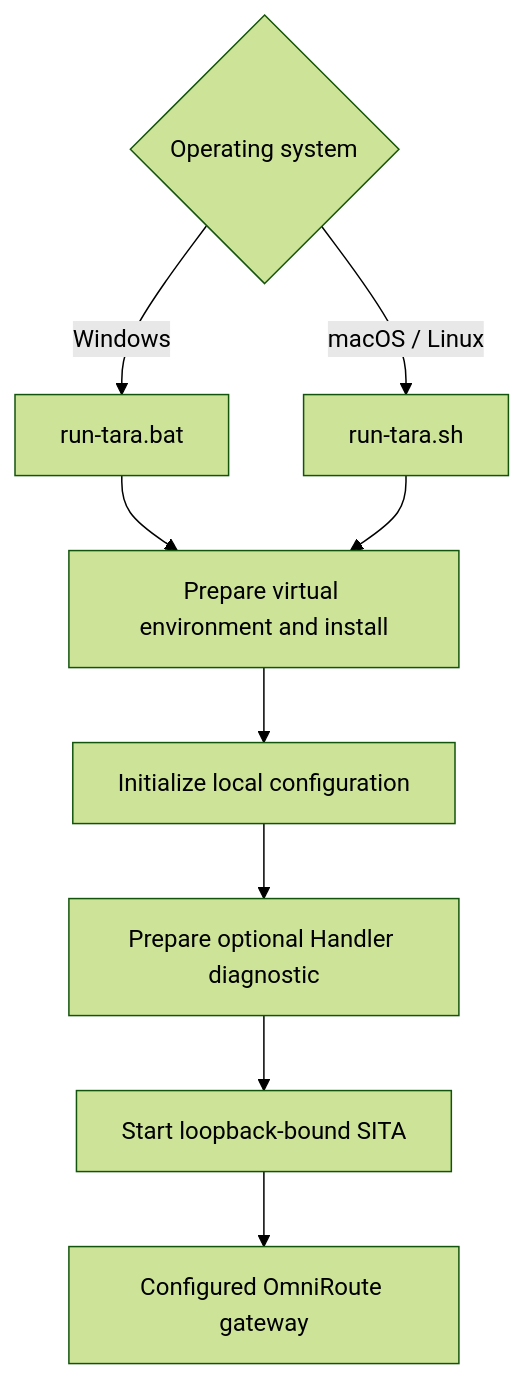
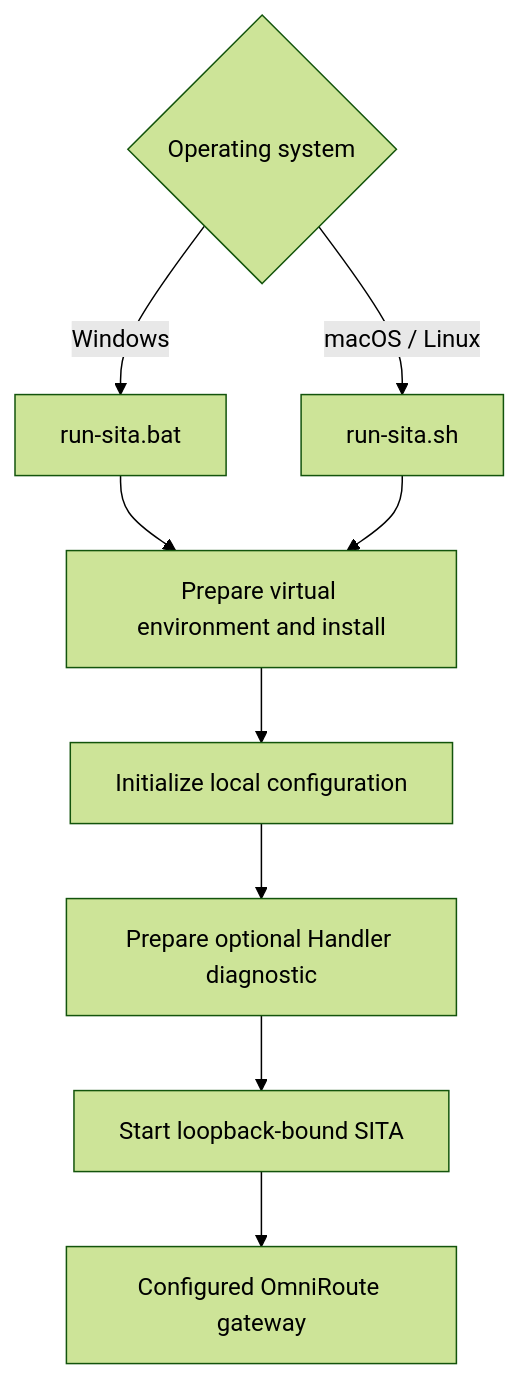
Before and after one commit to deathkernel/SITA: diagram 11 of 12 in README.md, drawn with Mermaid (forest theme). The commit also changed other lines of this file and 1 other file, not shown here.

Commit message:
docs: use SITA launcher names

````diff
--- a/README.md
+++ b/README.md
@@ -485,11 +485,11 @@
 ```mermaid
 flowchart TD
-  Platform{Operating system} -->|Windows| BAT[run-tara.bat]
-  Platform -->|macOS / Linux| SH[run-tara.sh]
+  Platform{Operating system} -->|Windows| BAT[run-sita.bat]
+  Platform -->|macOS / Linux| SH[run-sita.sh]
   BAT --> VENV[Prepare virtual environment and install]
   SH --> VENV
   VENV --> Config[Initialize local configuration]
   Config --> Handler[Prepare optional Handler diagnostic]
   Handler --> App[Start loopback-bound SITA]
   App --> Gateway[Configured OmniRoute gateway]
 ```
````
